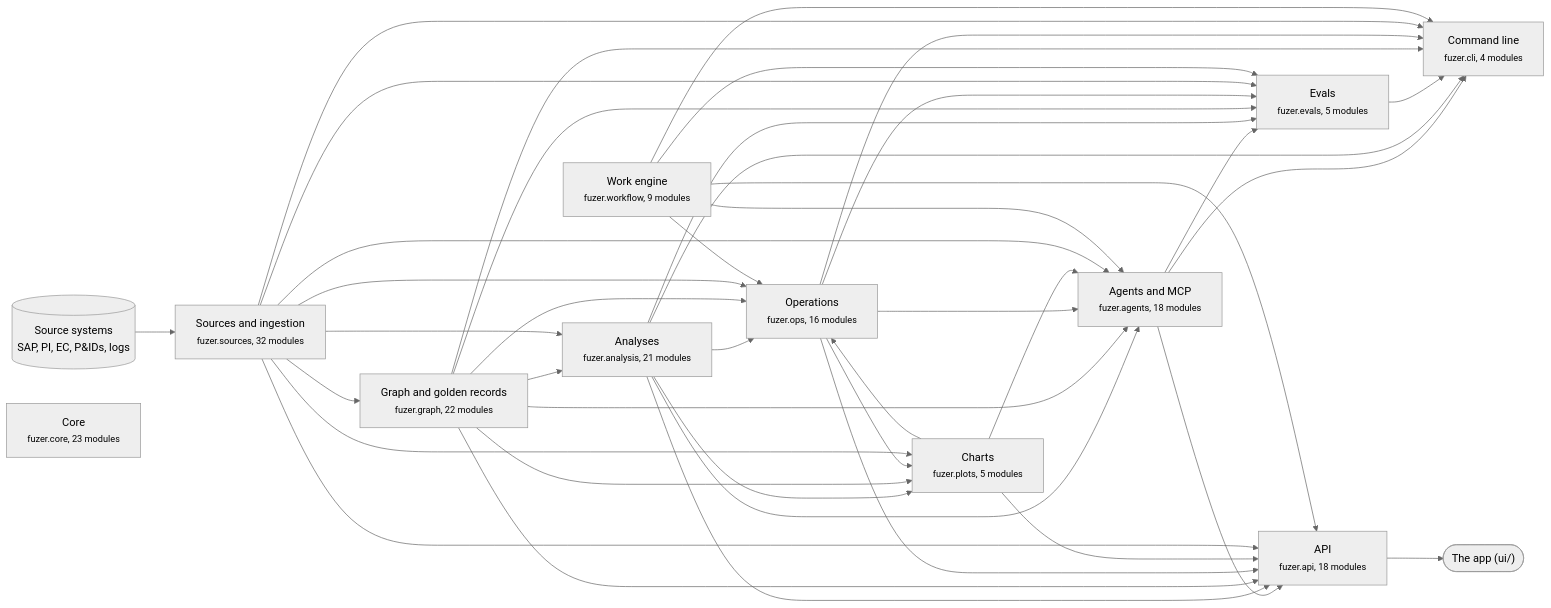
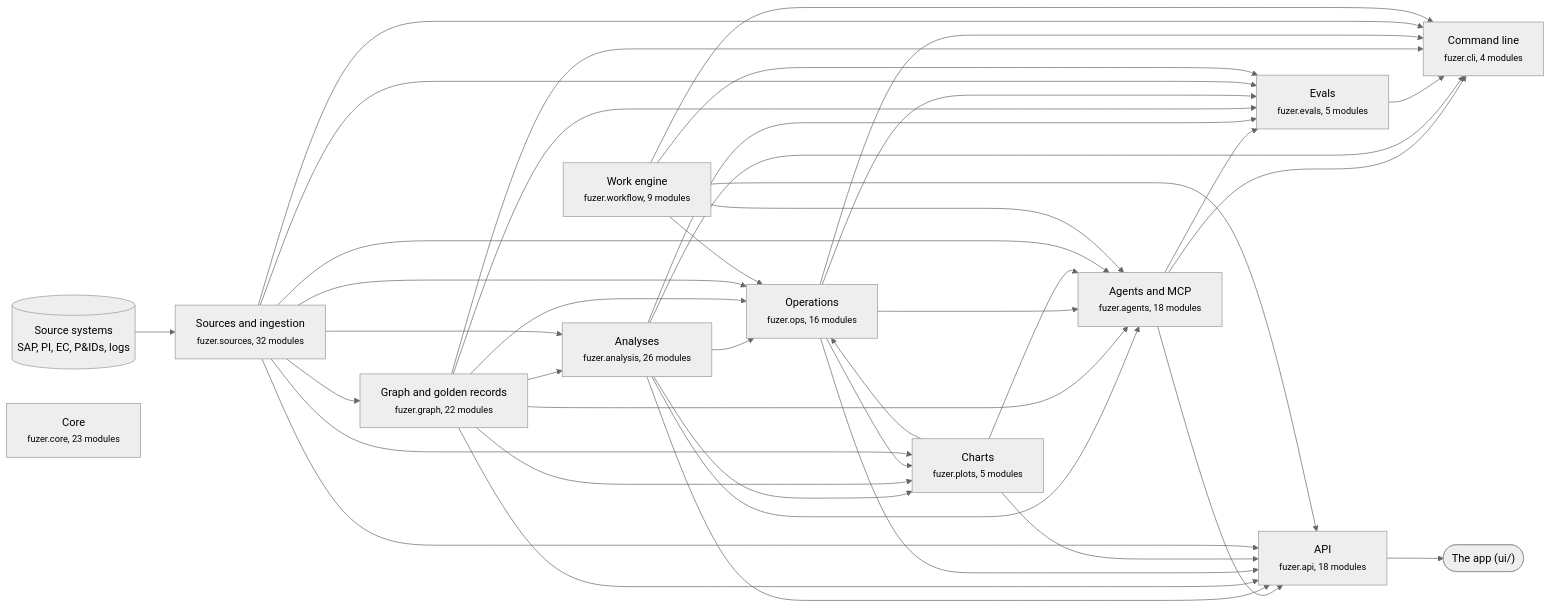
The first of 3 diagrams in docs/architecture.md (areed145/fuzer), drawn with Mermaid (neutral theme) before and after one commit. The commit also changed other lines of this file and 27 other files, not shown here.

````diff
--- a/docs/architecture.md
+++ b/docs/architecture.md
@@ -8,66 +8,66 @@
 ```mermaid
 flowchart LR
   systems[("Source systems<br>SAP, PI, EC, P&IDs, logs")] --> c_sources
   app(["The app (ui/)"])
   c_api --> app
   c_sources["Sources and ingestion<br><small>fuzer.sources, 32 modules</small>"]
   c_graph["Graph and golden records<br><small>fuzer.graph, 22 modules</small>"]
-  c_analysis["Analyses<br><small>fuzer.analysis, 21 modules</small>"]
+  c_analysis["Analyses<br><small>fuzer.analysis, 26 modules</small>"]
   c_ops["Operations<br><small>fuzer.ops, 16 modules</small>"]
   c_plots["Charts<br><small>fuzer.plots, 5 modules</small>"]
   c_workflow["Work engine<br><small>fuzer.workflow, 9 modules</small>"]
   c_agents["Agents and MCP<br><small>fuzer.agents, 18 modules</small>"]
   c_evals["Evals<br><small>fuzer.evals, 5 modules</small>"]
   c_api["API<br><small>fuzer.api, 18 modules</small>"]
   c_cli["Command line<br><small>fuzer.cli, 4 modules</small>"]
   c_core["Core<br><small>fuzer.core, 23 modules</small>"]
   c_sources --> c_graph
   c_graph --> c_analysis
   c_sources --> c_analysis
   c_analysis --> c_ops
   c_graph --> c_ops
   c_plots --> c_ops
   c_sources --> c_ops
   c_workflow --> c_ops
   c_analysis --> c_plots
   c_graph --> c_plots
   c_ops --> c_plots
   c_sources --> c_plots
   c_analysis --> c_agents
   c_graph --> c_agents
   c_ops --> c_agents
   c_plots --> c_agents
   c_sources --> c_agents
   c_workflow --> c_agents
   c_agents --> c_evals
   c_analysis --> c_evals
   c_graph --> c_evals
   c_ops --> c_evals
   c_sources --> c_evals
   c_workflow --> c_evals
   c_agents --> c_api
   c_analysis --> c_api
   c_graph --> c_api
   c_ops --> c_api
   c_plots --> c_api
   c_sources --> c_api
   c_workflow --> c_api
   c_agents --> c_cli
   c_analysis --> c_cli
   c_evals --> c_cli
   c_graph --> c_cli
   c_ops --> c_cli
   c_sources --> c_cli
   c_workflow --> c_cli
   click c_sources "https://github.com/areed145/fuzer/tree/main/src/fuzer/sources"
   click c_graph "https://github.com/areed145/fuzer/tree/main/src/fuzer/graph"
   click c_analysis "https://github.com/areed145/fuzer/tree/main/src/fuzer/analysis"
   click c_ops "https://github.com/areed145/fuzer/tree/main/src/fuzer/ops"
   click c_plots "https://github.com/areed145/fuzer/tree/main/src/fuzer/plots"
   click c_workflow "https://github.com/areed145/fuzer/tree/main/src/fuzer/workflow"
   click c_agents "https://github.com/areed145/fuzer/tree/main/src/fuzer/agents"
   click c_evals "https://github.com/areed145/fuzer/tree/main/src/fuzer/evals"
   click c_api "https://github.com/areed145/fuzer/tree/main/src/fuzer/api"
   click c_cli "https://github.com/areed145/fuzer/tree/main/src/fuzer/cli"
   click c_core "https://github.com/areed145/fuzer/tree/main/src/fuzer/core"
 ```
````
